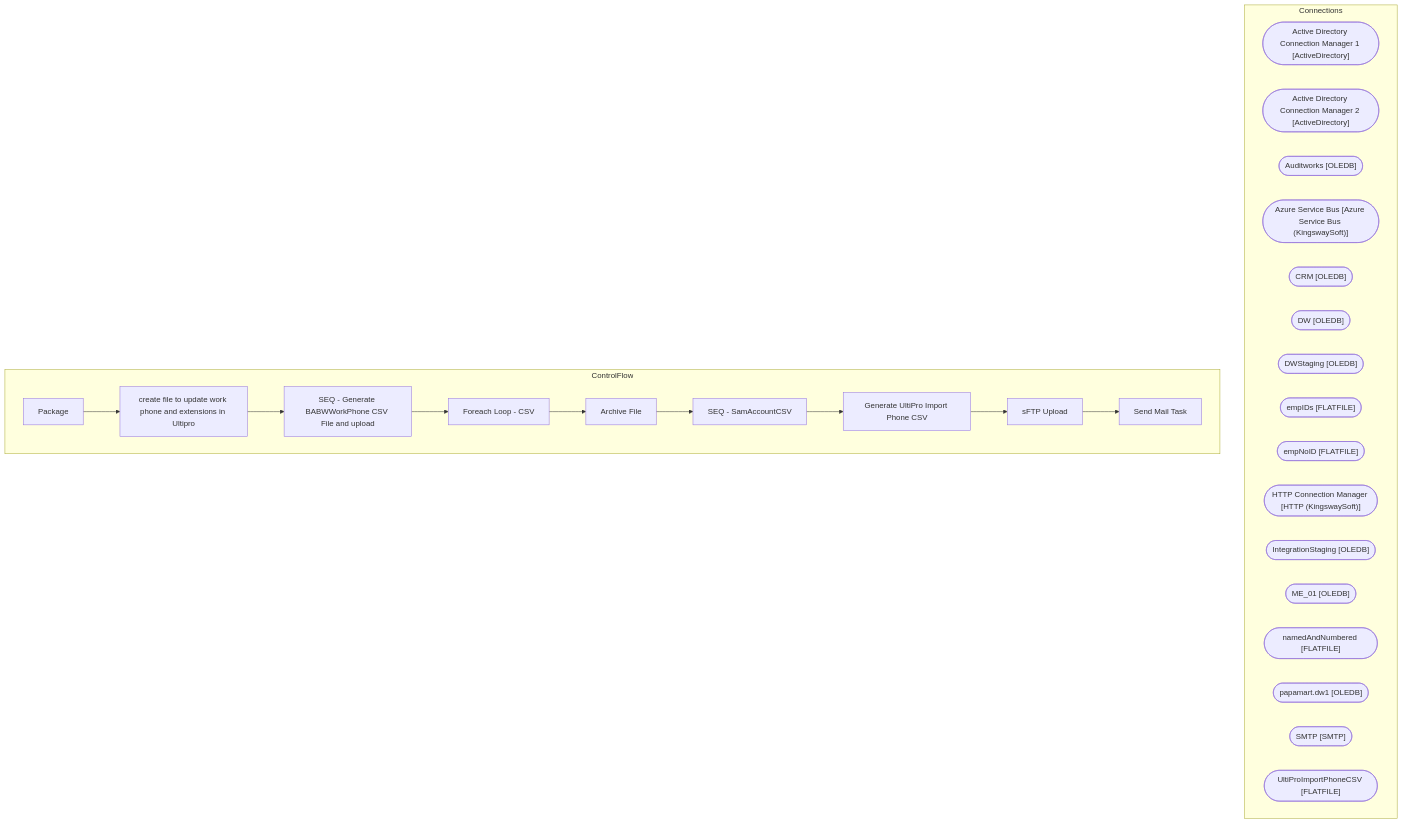
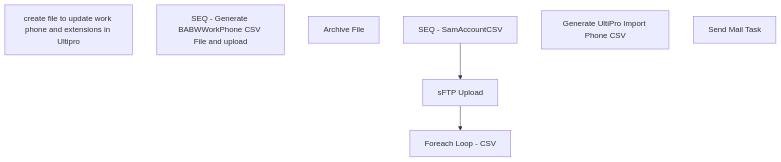
Before and after one commit to juanandresbrain/BABSkills: the diagram in bab-docs-explorer/Documentation/STL-SSIS-P-01/SSIS/HR/HR_UltiproADphoneExt.Package.md, drawn with Mermaid. The commit also changed other lines of this file and 273 other files, not shown here.

````diff
--- a/bab-docs-explorer/Documentation/STL-SSIS-P-01/SSIS/HR/HR_UltiproADphoneExt.Package.md
+++ b/bab-docs-explorer/Documentation/STL-SSIS-P-01/SSIS/HR/HR_UltiproADphoneExt.Package.md
@@ -9,40 +57,13 @@
 ```mermaid
 flowchart TD
-    subgraph Connections
-        Active_Directory_Connection_Manager_1_conn(["Active Directory Connection Manager 1 [ActiveDirectory]"])
-        Active_Directory_Connection_Manager_2_conn(["Active Directory Connection Manager 2 [ActiveDirectory]"])
-        Auditworks_conn(["Auditworks [OLEDB]"])
-        Azure_Service_Bus_conn(["Azure Service Bus [Azure Service Bus (KingswaySoft)]"])
-        CRM_conn(["CRM [OLEDB]"])
-        DW_conn(["DW [OLEDB]"])
-        DWStaging_conn(["DWStaging [OLEDB]"])
-        empIDs_conn(["empIDs [FLATFILE]"])
-        empNoID_conn(["empNoID [FLATFILE]"])
-        HTTP_Connection_Manager_conn(["HTTP Connection Manager [HTTP (KingswaySoft)]"])
-        IntegrationStaging_conn(["IntegrationStaging [OLEDB]"])
-        ME_01_conn(["ME_01 [OLEDB]"])
-        namedAndNumbered_conn(["namedAndNumbered [FLATFILE]"])
-        papamart_dw1_conn(["papamart.dw1 [OLEDB]"])
-        SMTP_conn(["SMTP [SMTP]"])
-        UltiProImportPhoneCSV_conn(["UltiProImportPhoneCSV [FLATFILE]"])
-    end
-    subgraph ControlFlow
-        Package_task["Package"]
-        create_file_to_update_work_phone_and_extensions_in_Ultipro_task["create file to update work phone and extensions in Ultipro"]
-        Package_task --> create_file_to_update_work_phone_and_extensions_in_Ultipro_task
-        SEQ___Generate_BABWWorkPhone_CSV_File_and_upload_task["SEQ - Generate BABWWorkPhone CSV File and upload"]
-        create_file_to_update_work_phone_and_extensions_in_Ultipro_task --> SEQ___Generate_BABWWorkPhone_CSV_File_and_upload_task
-        Foreach_Loop____CSV_task["Foreach Loop -  CSV"]
-        SEQ___Generate_BABWWorkPhone_CSV_File_and_upload_task --> Foreach_Loop____CSV_task
-        Archive_File_task["Archive File"]
-        Foreach_Loop____CSV_task --> Archive_File_task
-        SEQ___SamAccountCSV_task["SEQ - SamAccountCSV"]
-        Archive_File_task --> SEQ___SamAccountCSV_task
-        Generate_UltiPro_Import_Phone_CSV_task["Generate UltiPro Import Phone CSV"]
-        SEQ___SamAccountCSV_task --> Generate_UltiPro_Import_Phone_CSV_task
-        sFTP_Upload_task["sFTP Upload"]
-        Generate_UltiPro_Import_Phone_CSV_task --> sFTP_Upload_task
-        Send_Mail_Task_task["Send Mail Task"]
-        sFTP_Upload_task --> Send_Mail_Task_task
-    end
+    n_Package_create_file_to_update_work_phone_and_extensions_in_Ultipro["create file to update work phone and extensions in Ultipro"]
+    n_Package_create_file_to_update_work_phone_and_extensions_in_Ultipro_SEQ___Generate_BABWWorkPhone_CSV_File_and_upload["SEQ - Generate BABWWorkPhone CSV File and upload"]
+    n_Package_create_file_to_update_work_phone_and_extensions_in_Ultipro_SEQ___Generate_BABWWorkPhone_CSV_File_and_upload_Foreach_Loop____CSV["Foreach Loop -  CSV"]
+    n_Package_create_file_to_update_work_phone_and_extensions_in_Ultipro_SEQ___Generate_BABWWorkPhone_CSV_File_and_upload_Foreach_Loop____CSV_Archive_File["Archive File"]
+    n_Package_create_file_to_update_work_phone_and_extensions_in_Ultipro_SEQ___Generate_BABWWorkPhone_CSV_File_and_upload_SEQ___SamAccountCSV["SEQ - SamAccountCSV"]
+    n_Package_create_file_to_update_work_phone_and_extensions_in_Ultipro_SEQ___Generate_BABWWorkPhone_CSV_File_and_upload_SEQ___SamAccountCSV_Generate_UltiPro_Import_Phone_CSV["Generate UltiPro Import Phone CSV"]
+    n_Package_create_file_to_update_work_phone_and_extensions_in_Ultipro_SEQ___Generate_BABWWorkPhone_CSV_File_and_upload_sFTP_Upload["sFTP Upload"]
+    n_Package_EventHandlers_OnError__Send_Mail_Task["Send Mail Task"]
+    n_Package_create_file_to_update_work_phone_and_extensions_in_Ultipro_SEQ___Generate_BABWWorkPhone_CSV_File_and_upload_SEQ___SamAccountCSV --> n_Package_create_file_to_update_work_phone_and_extensions_in_Ultipro_SEQ___Generate_BABWWorkPhone_CSV_File_and_upload_sFTP_Upload
+    n_Package_create_file_to_update_work_phone_and_extensions_in_Ultipro_SEQ___Generate_BABWWorkPhone_CSV_File_and_upload_sFTP_Upload --> n_Package_create_file_to_update_work_phone_and_extensions_in_Ultipro_SEQ___Generate_BABWWorkPhone_CSV_File_and_upload_Foreach_Loop____CSV
 ```
````
